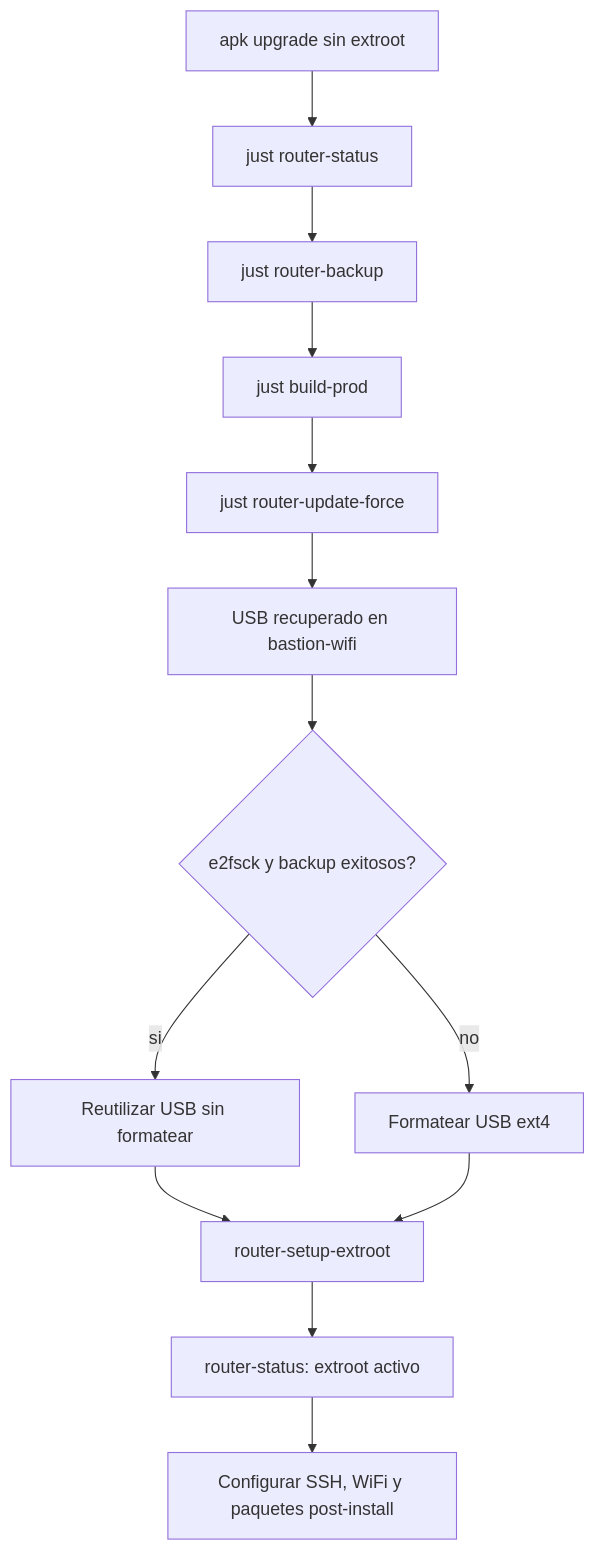
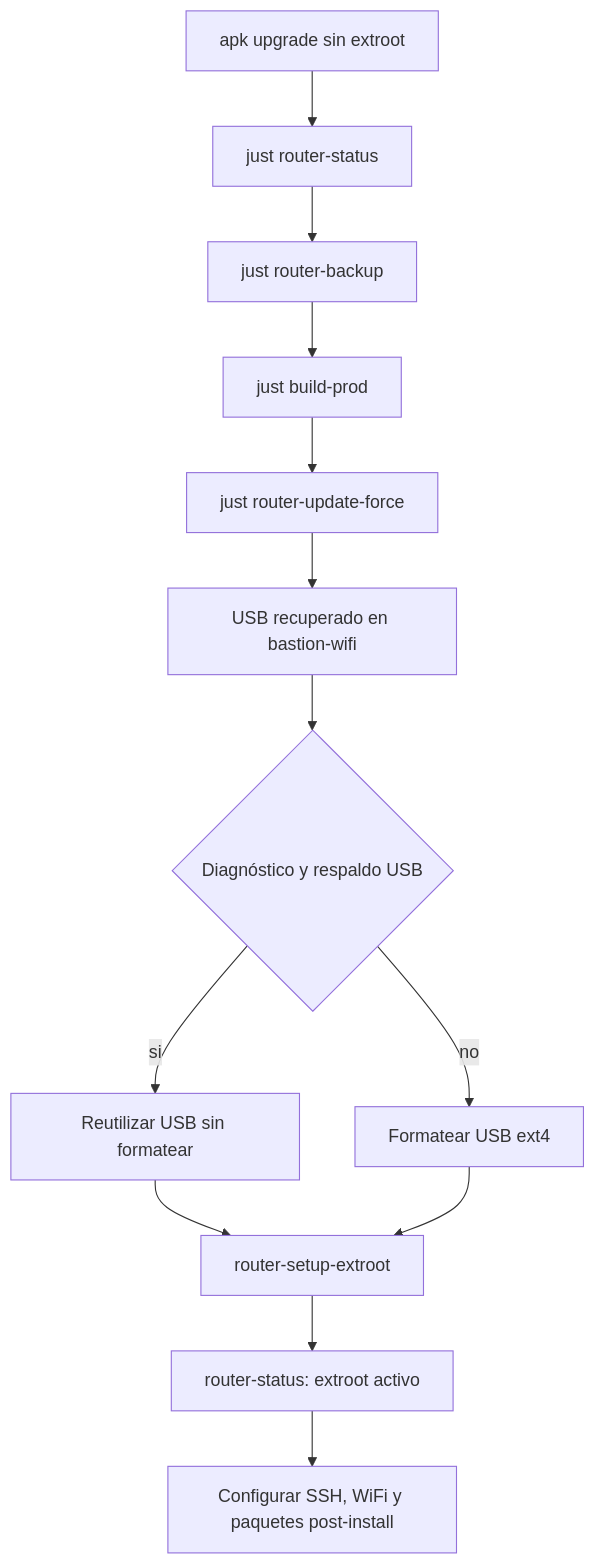
Before and after one commit to rafex/PoC-OpenWRT-Raspi3b: the diagram in docs/uses-case/examples/clean-reinstall-and-extroot-after-apk-upgrade.md, drawn with Mermaid. The commit also changed other lines of this file and 9 other files, not shown here.

````diff
--- a/docs/uses-case/examples/clean-reinstall-and-extroot-after-apk-upgrade.md
+++ b/docs/uses-case/examples/clean-reinstall-and-extroot-after-apk-upgrade.md
@@ -5,15 +5,15 @@
 ```mermaid
 flowchart TD
     start["apk upgrade sin extroot"] --> inspect["just router-status"]
     inspect --> backup["just router-backup"]
     backup --> image["just build-prod"]
     image --> clean["just router-update-force"]
     clean --> usb["USB recuperado en bastion-wifi"]
-    usb --> repair{"e2fsck y backup exitosos?"}
+    usb --> repair{"Diagnóstico y respaldo USB"}
     repair -- si --> reuse["Reutilizar USB sin formatear"]
     repair -- no --> format["Formatear USB ext4"]
     reuse --> setup["router-setup-extroot"]
     format --> setup
     setup --> verify["router-status: extroot activo"]
     verify --> post["Configurar SSH, WiFi y paquetes post-install"]
 ```
````
